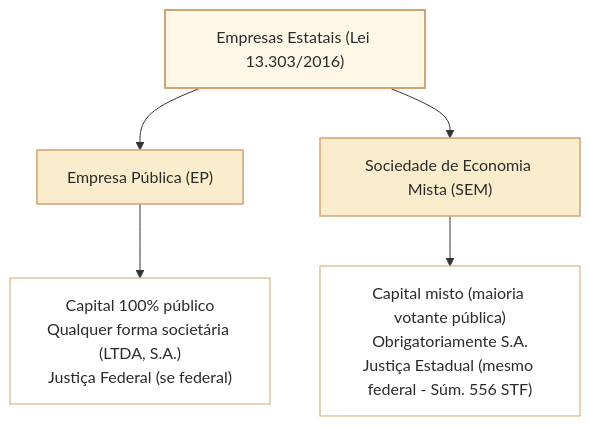
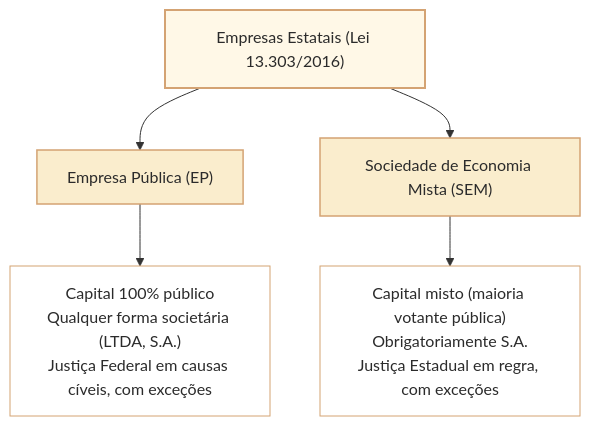
Before and after one commit to leorruas/concursos: the second of 2 diagrams in 3 - Materias/Direito Administrativo/02 - organizacao administrativa.md, drawn with Mermaid. The commit also changed other lines of this file, not shown here.

Commit message:
docs(auditoria A): corrigir criação de fundações, foro, pessoal e exceções no DAD02

````diff
--- a/3 - Materias/Direito Administrativo/02 - organizacao administrativa.md
+++ b/3 - Materias/Direito Administrativo/02 - organizacao administrativa.md
@@ -80,12 +80,12 @@
 ```mermaid
 graph TD
     classDef raiz fill:#fff8e7,stroke:#d4a373,stroke-width:2px,color:#2b2b2b;
     classDef criterio fill:#faedcd,stroke:#d4a373,stroke-width:1.5px,color:#2b2b2b;
     classDef opcao fill:#ffffff,stroke:#d4a373,stroke-width:1px,color:#2b2b2b;
 
     R["Empresas Estatais (Lei 13.303/2016)"]:::raiz --> C1["Empresa Pública (EP)"]:::criterio
     R --> C2["Sociedade de Economia Mista (SEM)"]:::criterio
 
-    C1 --> O1["Capital 100% público<br/>Qualquer forma societária (LTDA, S.A.)<br/>Justiça Federal (se federal)"]:::opcao
-    C2 --> O2["Capital misto (maioria votante pública)<br/>Obrigatoriamente S.A.<br/>Justiça Estadual (mesmo federal - Súm. 556 STF)"]:::opcao
+    C1 --> O1["Capital 100% público<br/>Qualquer forma societária (LTDA, S.A.)<br/>Justiça Federal em causas cíveis, com exceções"]:::opcao
+    C2 --> O2["Capital misto (maioria votante pública)<br/>Obrigatoriamente S.A.<br/>Justiça Estadual em regra, com exceções"]:::opcao
 ```
````
